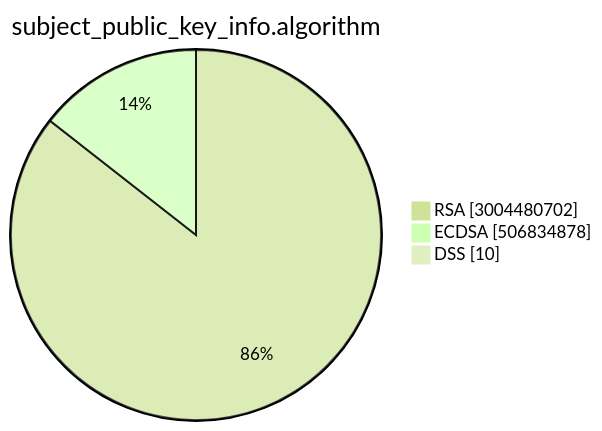
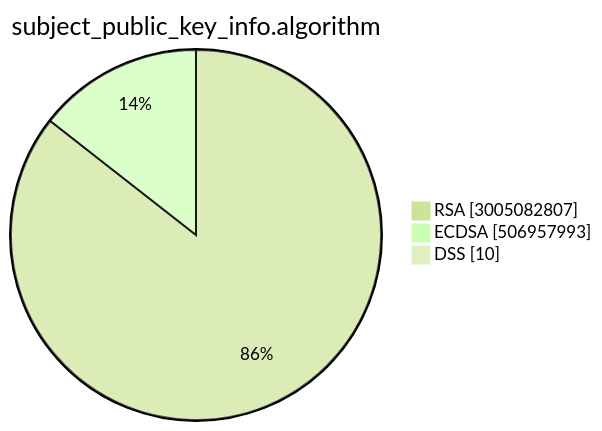
Before and after one commit to christiankrug/ctmonitor_visualization: the second of 15 diagrams in TOTAL/README.md, drawn with Mermaid (forest theme). The commit also changed other lines of this file, not shown here.

````diff
--- a/TOTAL/README.md
+++ b/TOTAL/README.md
@@ -6,7 +6,7 @@
 ```mermaid
 pie showData
 title subject_public_key_info.algorithm
-"RSA" :3004480702
-"ECDSA" :506834878
+"RSA" :3005082807
+"ECDSA" :506957993
 "DSS" :10
 ```
````
